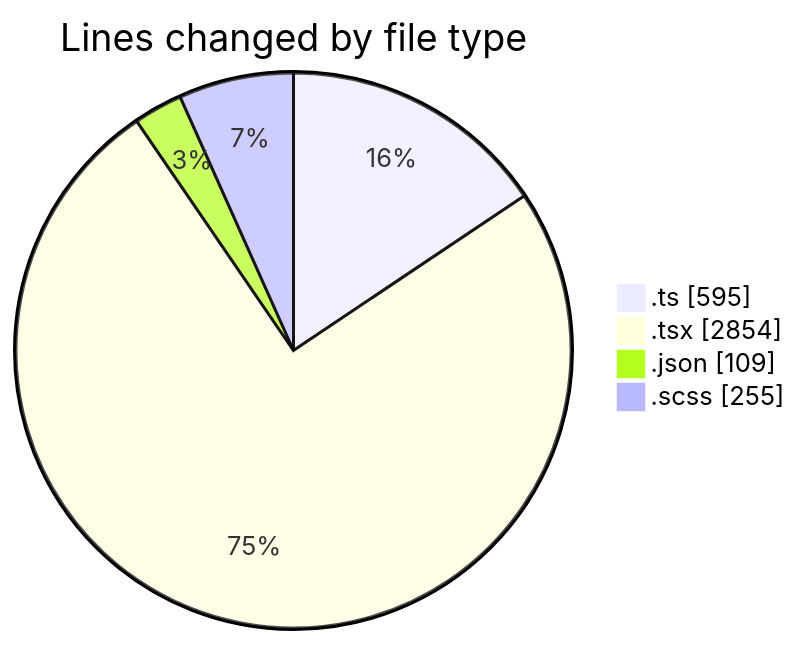
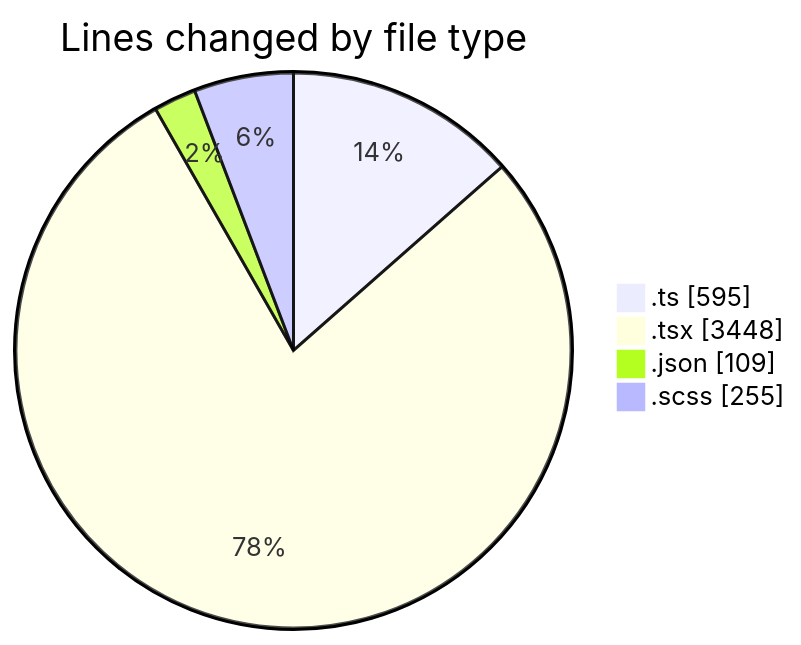
One commit to momahboobian/code-tracking changed the first of 2 diagrams in 2025-07-04/cda/README.md. Above: the diagram before and after it, drawn with Mermaid. The commit also changed other lines of this file and 1 other file, not shown here.

Commit message:
type(cda): Increased lines added and removed in ReinvestmentDetail.tsx by 593 and 1, respectively. Also increased the net change from 2854 to 3448 and active time from 67 minutes to 69 minutes.

````diff
--- a/2025-07-04/cda/README.md
+++ b/2025-07-04/cda/README.md
@@ -32,8 +33,8 @@
 ```mermaid
 pie showData
 title Lines changed by file type
 ".ts" : 595
-".tsx" : 2854
+".tsx" : 3448
 ".json" : 109
 ".scss" : 255
 ```
````
